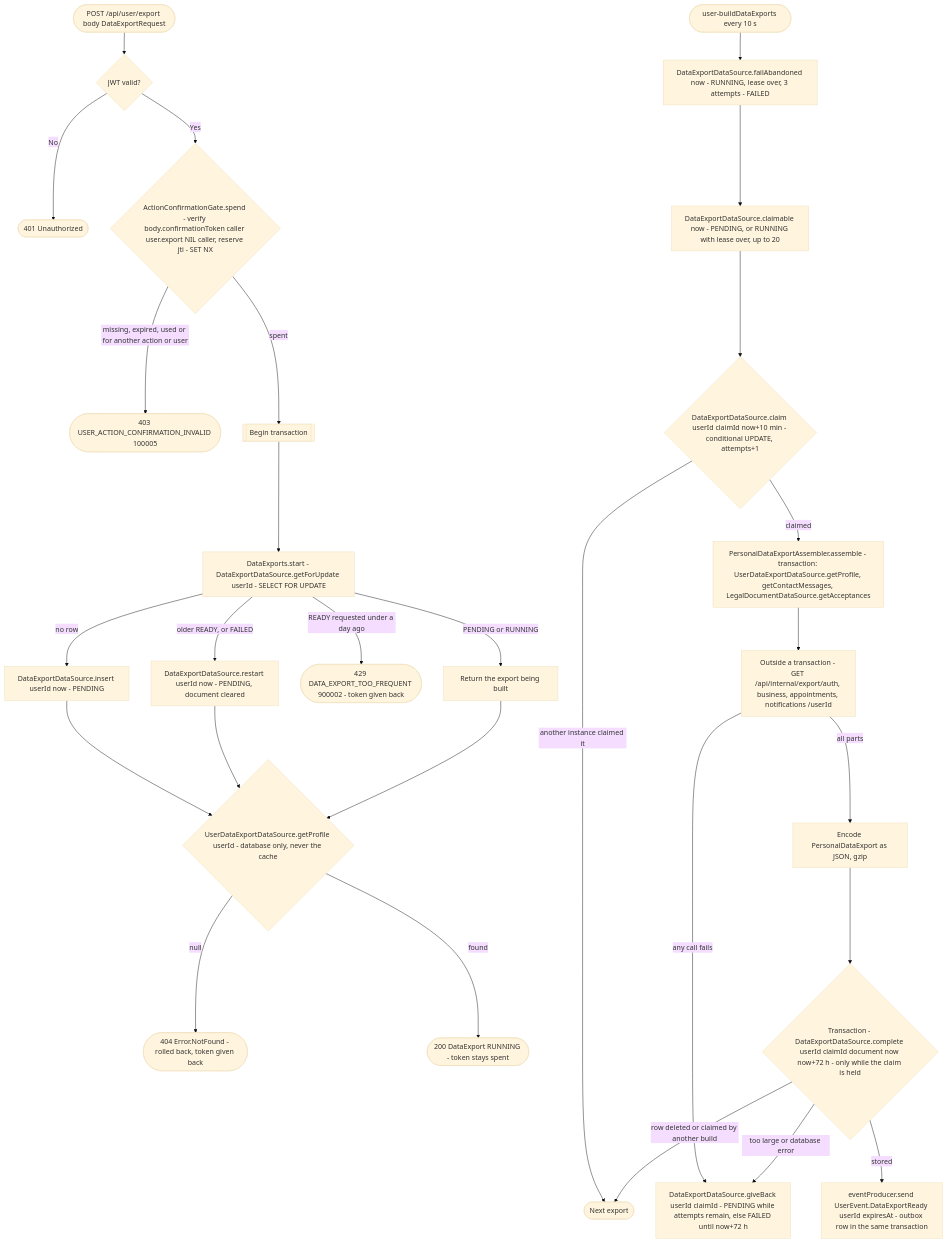
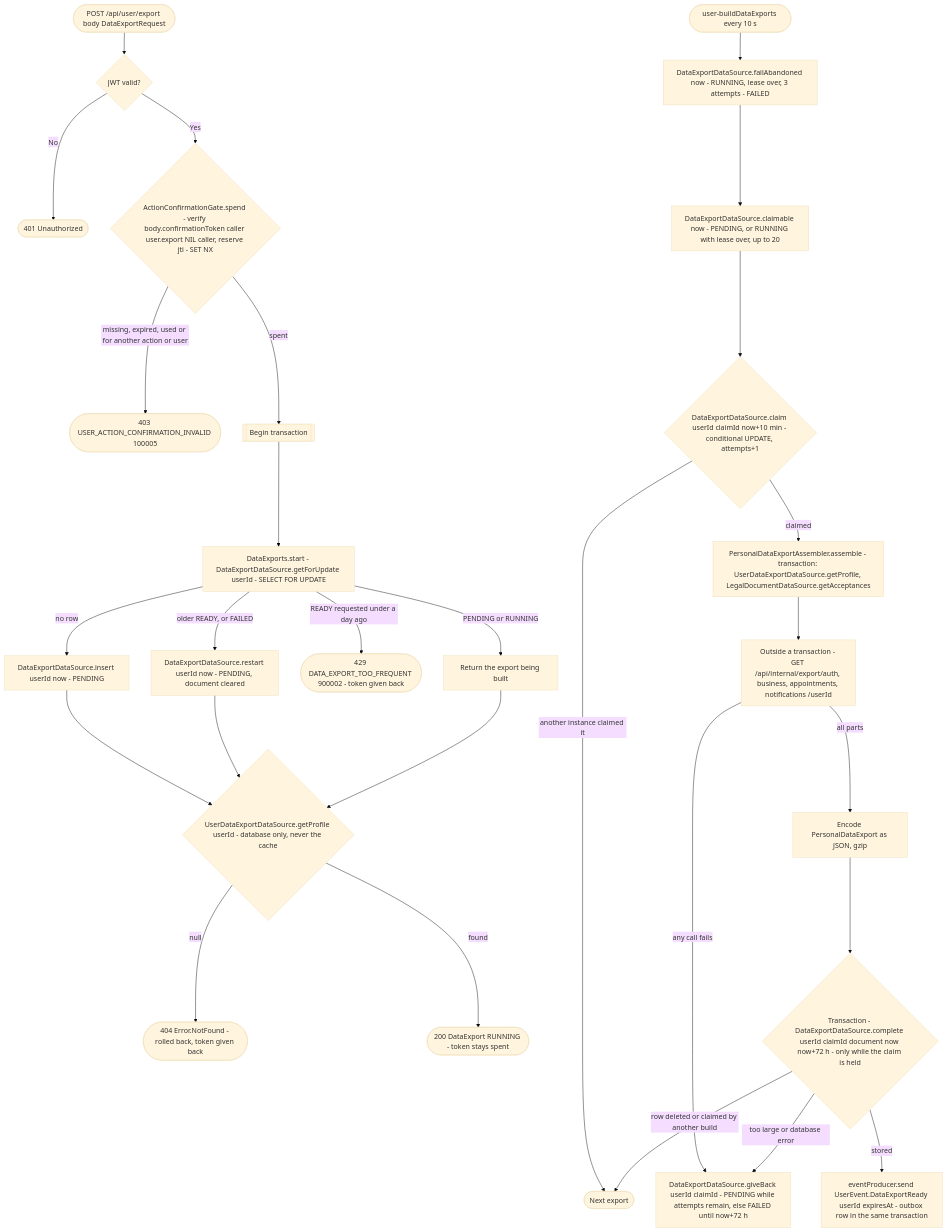
One commit to nocturneproperties/bookkme changed the diagram in docs/operations/user/start-personal-data-export.md. Above: the diagram before and after it, drawn with Mermaid (base theme). The commit also changed 31 other files, not shown here.

````diff
--- a/docs/operations/user/start-personal-data-export.md
+++ b/docs/operations/user/start-personal-data-export.md
@@ -25,32 +25,32 @@
 ```mermaid
 flowchart TD
     Start([POST /api/user/export body DataExportRequest]) --> Auth{JWT valid?}
     Auth -- No --> R401([401 Unauthorized])
     Auth -- Yes --> ActionConfirmation{"ActionConfirmationGate.spend - verify body.confirmationToken caller user.export NIL caller, reserve jti - SET NX"}
     ActionConfirmation -- missing, expired, used or for another action or user --> R403([403 USER_ACTION_CONFIRMATION_INVALID 100005])
     ActionConfirmation -- spent --> Tx[[Begin transaction]]
     Tx --> Lock["DataExports.start - DataExportDataSource.getForUpdate userId - SELECT FOR UPDATE"]
     Lock -- no row --> Insert[DataExportDataSource.insert userId now - PENDING]
     Lock -- PENDING or RUNNING --> Same[Return the export being built]
     Lock -- READY requested under a day ago --> R429([429 DATA_EXPORT_TOO_FREQUENT 900002 - token given back])
     Lock -- older READY, or FAILED --> Restart[DataExportDataSource.restart userId now - PENDING, document cleared]
     Insert --> Profile
     Restart --> Profile
     Same --> Profile
     Profile{"UserDataExportDataSource.getProfile userId - database only, never the cache"}
     Profile -- null --> R404([404 Error.NotFound - rolled back, token given back])
     Profile -- found --> R200([200 DataExport RUNNING - token stays spent])
 
     Job([user-buildDataExports every 10 s]) --> Abandon["DataExportDataSource.failAbandoned now - RUNNING, lease over, 3 attempts - FAILED"]
     Abandon --> Queue["DataExportDataSource.claimable now - PENDING, or RUNNING with lease over, up to 20"]
     Queue --> Claim{"DataExportDataSource.claim userId claimId now+10 min - conditional UPDATE, attempts+1"}
     Claim -- another instance claimed it --> Next([Next export])
-    Claim -- claimed --> Own["PersonalDataExportAssembler.assemble - transaction: UserDataExportDataSource.getProfile, getContactMessages, LegalDocumentDataSource.getAcceptances"]
+    Claim -- claimed --> Own["PersonalDataExportAssembler.assemble - transaction: UserDataExportDataSource.getProfile, LegalDocumentDataSource.getAcceptances"]
     Own --> Calls["Outside a transaction - GET /api/internal/export/auth, business, appointments, notifications /userId"]
     Calls -- any call fails --> GiveBack["DataExportDataSource.giveBack userId claimId - PENDING while attempts remain, else FAILED until now+72 h"]
     Calls -- all parts --> Gzip[Encode PersonalDataExport as JSON, gzip]
     Gzip --> Store{"Transaction - DataExportDataSource.complete userId claimId document now now+72 h - only while the claim is held"}
     Store -- too large or database error --> GiveBack
     Store -- row deleted or claimed by another build --> Next
     Store -- stored --> Ready["eventProducer.send UserEvent.DataExportReady userId expiresAt - outbox row in the same transaction"]
 ```
````
